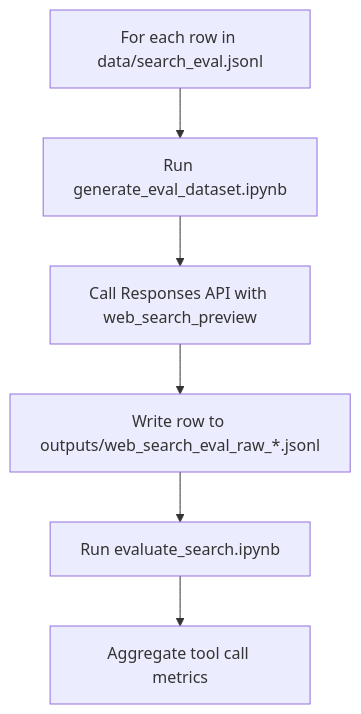
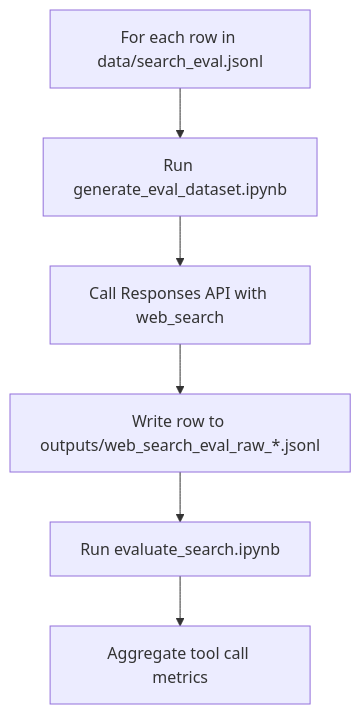
The first of 2 diagrams in Model_Usecases/web-search/evals/README.md (jakeatmsft/ai-foundry-craftkit), drawn with Mermaid before and after one commit. The commit also changed other lines of this file and 6 other files, not shown here.

Commit message:
updated to web_search

````diff
--- a/Model_Usecases/web-search/evals/README.md
+++ b/Model_Usecases/web-search/evals/README.md
@@ -43,8 +43,8 @@
 ```mermaid
 flowchart TD
     A[For each row in data/search_eval.jsonl] --> B[Run generate_eval_dataset.ipynb]
-    B --> C[Call Responses API with web_search_preview]
+    B --> C[Call Responses API with web_search]
     C --> D[Write row to outputs/web_search_eval_raw_*.jsonl]
     D --> E[Run evaluate_search.ipynb]
     E --> F[Aggregate tool call metrics]
 ```
````
